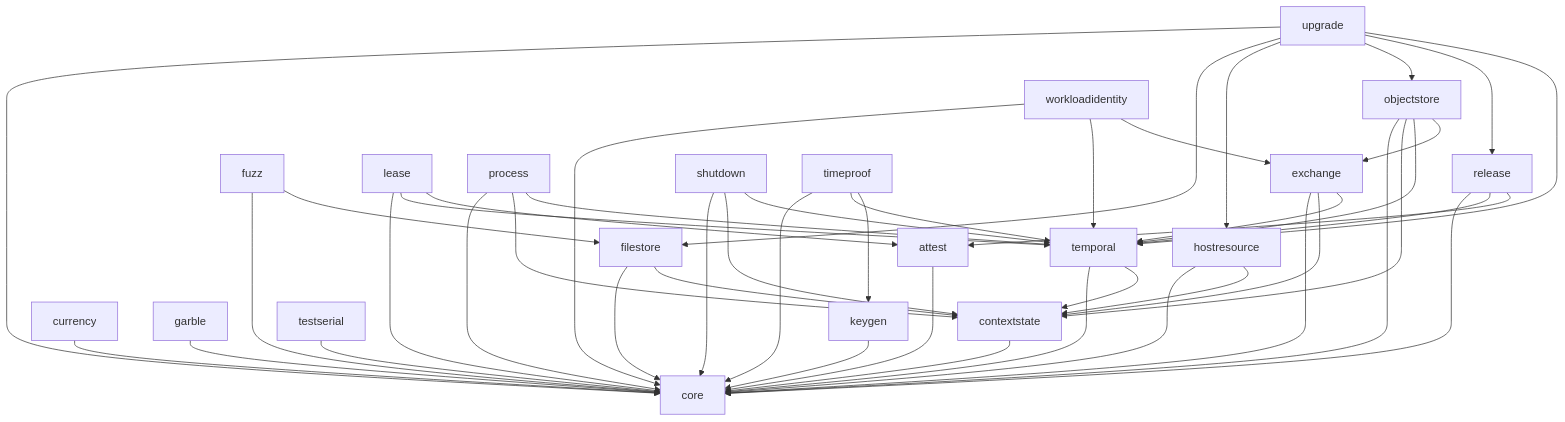
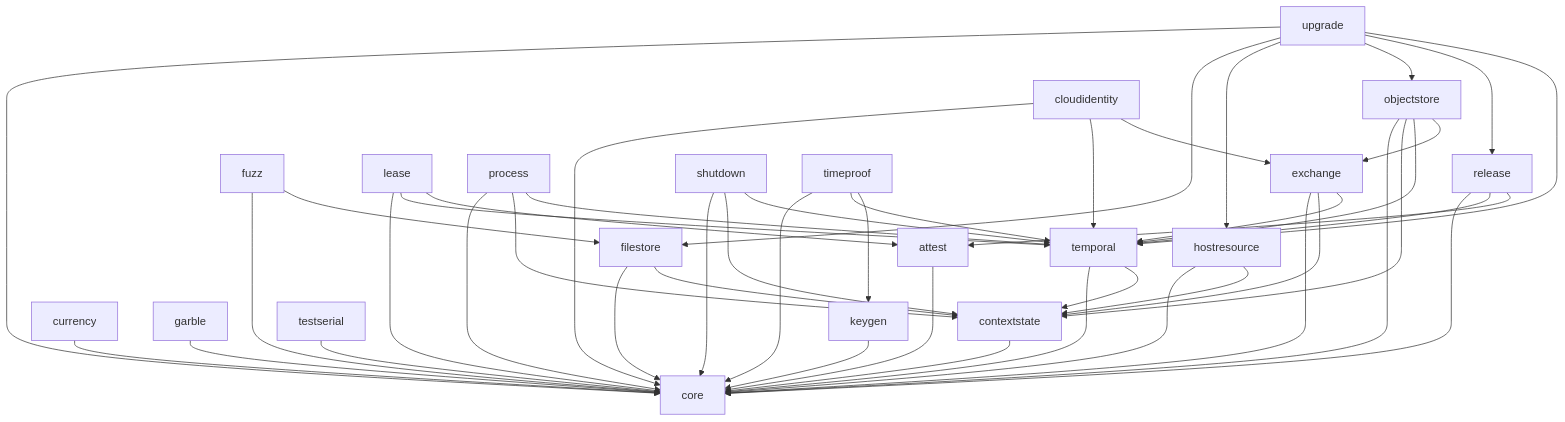
The diagram in README.md (deliri/primitive), drawn with Mermaid before and after one commit. The commit also changed 17 other files, not shown here.

````diff
--- a/README.md
+++ b/README.md
@@ -26,54 +26,54 @@
 ```mermaid
 flowchart TD
     core[core]
 
     attest[attest] --> core
     contextstate[contextstate] --> core
     currency[currency] --> core
     garble[garble] --> core
     keygen[keygen] --> core
     testserial[testserial] --> core
 
     filestore[filestore] --> core
     filestore --> contextstate
     hostresource[hostresource] --> core
     hostresource --> contextstate
     temporal[temporal] --> core
     temporal --> contextstate
 
     exchange[exchange] --> core
     exchange --> contextstate
     exchange --> temporal
     fuzz[fuzz] --> core
     fuzz --> filestore
     lease[lease] --> core
     lease --> temporal
     lease --> attest
     process[process] --> core
     process --> contextstate
     process --> temporal
     release[release] --> core
     release --> temporal
     release --> attest
     shutdown[shutdown] --> core
     shutdown --> contextstate
     shutdown --> temporal
 
     objectstore[objectstore] --> core
     objectstore --> contextstate
     objectstore --> temporal
     objectstore --> exchange
     timeproof[timeproof] --> core
     timeproof --> temporal
     timeproof --> keygen
-    workloadidentity[workloadidentity] --> core
-    workloadidentity --> temporal
-    workloadidentity --> exchange
+    cloudidentity[cloudidentity] --> core
+    cloudidentity --> temporal
+    cloudidentity --> exchange
 
     upgrade[upgrade] --> core
     upgrade --> filestore
     upgrade --> hostresource
     upgrade --> objectstore
     upgrade --> release
     upgrade --> temporal
 ```
````
